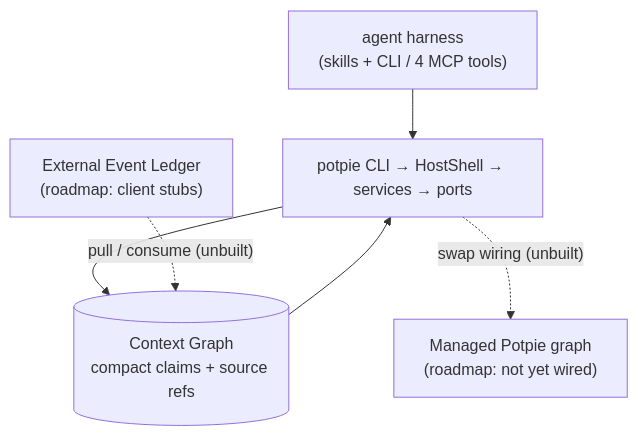
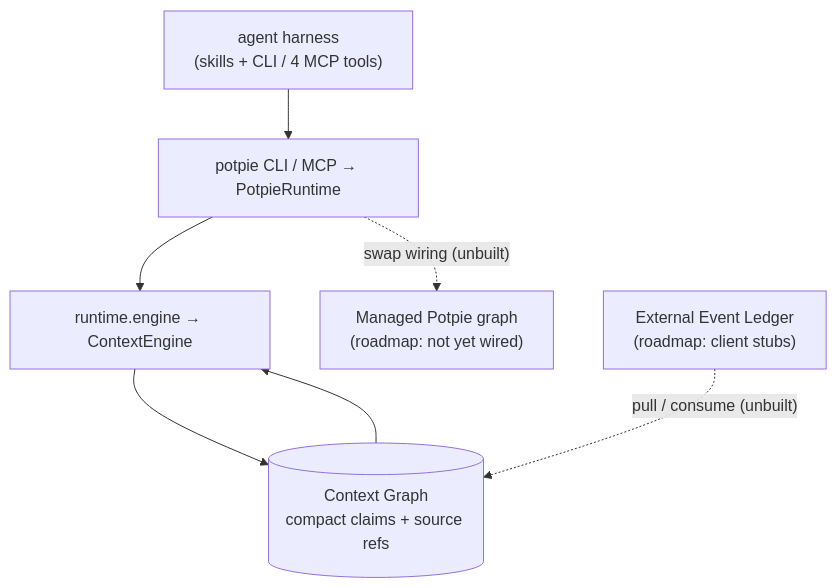
One commit to potpie-ai/potpie changed the second of 2 diagrams in docs/context-graph/vision.md. Above: the diagram before and after it, drawn with Mermaid. The commit also changed other lines of this file and 21 other files, not shown here.

Commit message:
docs(architecture): publish the completed package split

````diff
--- a/docs/context-graph/vision.md
+++ b/docs/context-graph/vision.md
@@ -114,14 +108,15 @@
 ```mermaid
 flowchart TB
   cg_agent["agent harness<br/>(skills + CLI / 4 MCP tools)"]
-  cg_cli["potpie CLI → HostShell → services → ports"]
+  cg_cli["potpie CLI / MCP → PotpieRuntime"]
+  cg_engine["runtime.engine → ContextEngine"]
   cg_graph[("Context Graph<br/>compact claims + source refs")]
   cg_managed["Managed Potpie graph<br/>(roadmap: not yet wired)"]
   cg_ledger["External Event Ledger<br/>(roadmap: client stubs)"]
 
   cg_agent --> cg_cli
-  cg_cli --> cg_graph
-  cg_graph --> cg_cli
+  cg_cli --> cg_engine --> cg_graph
+  cg_graph --> cg_engine
   cg_cli -. "swap wiring (unbuilt)" .-> cg_managed
   cg_ledger -. "pull / consume (unbuilt)" .-> cg_graph
 ```
````
